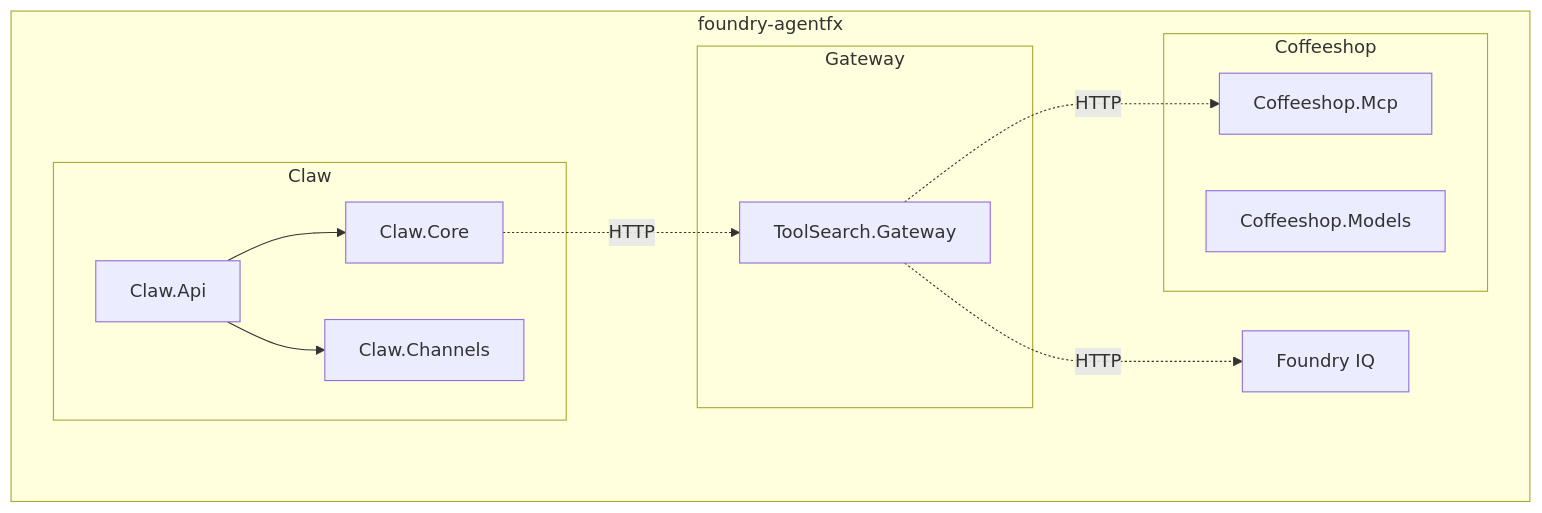
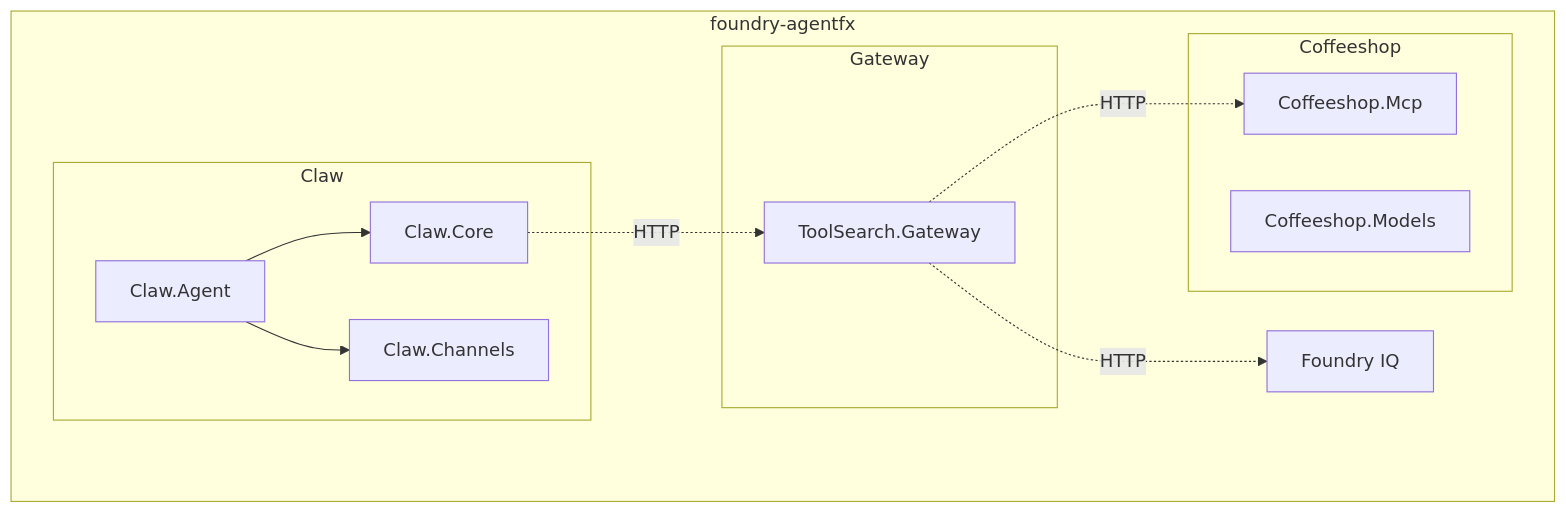
Before and after one commit to thangchung/agent-engineering-experiment: the first of 5 diagrams in foundry-agentfx/plan.md, drawn with Mermaid. The commit also changed other lines of this file and 39 other files, not shown here.

````diff
--- a/foundry-agentfx/plan.md
+++ b/foundry-agentfx/plan.md
@@ -78,25 +78,25 @@
 ```mermaid
 graph TB
     subgraph "foundry-agentfx"
         subgraph "Claw"
-            API[Claw.Api]
+            API[Claw.Agent]
             Core[Claw.Core]
             Chan[Claw.Channels]
         end
         
         subgraph "Coffeeshop"
             MCP[Coffeeshop.Mcp]
             Models[Coffeeshop.Models]
         end
         
         subgraph "Gateway"
             GW[ToolSearch.Gateway]
         end
         
         API --> Core
         API --> Chan
         Core -.->|HTTP| GW
         GW -.->|HTTP| MCP
         GW -.->|HTTP| KB[Foundry IQ]
     end
 ```
````
